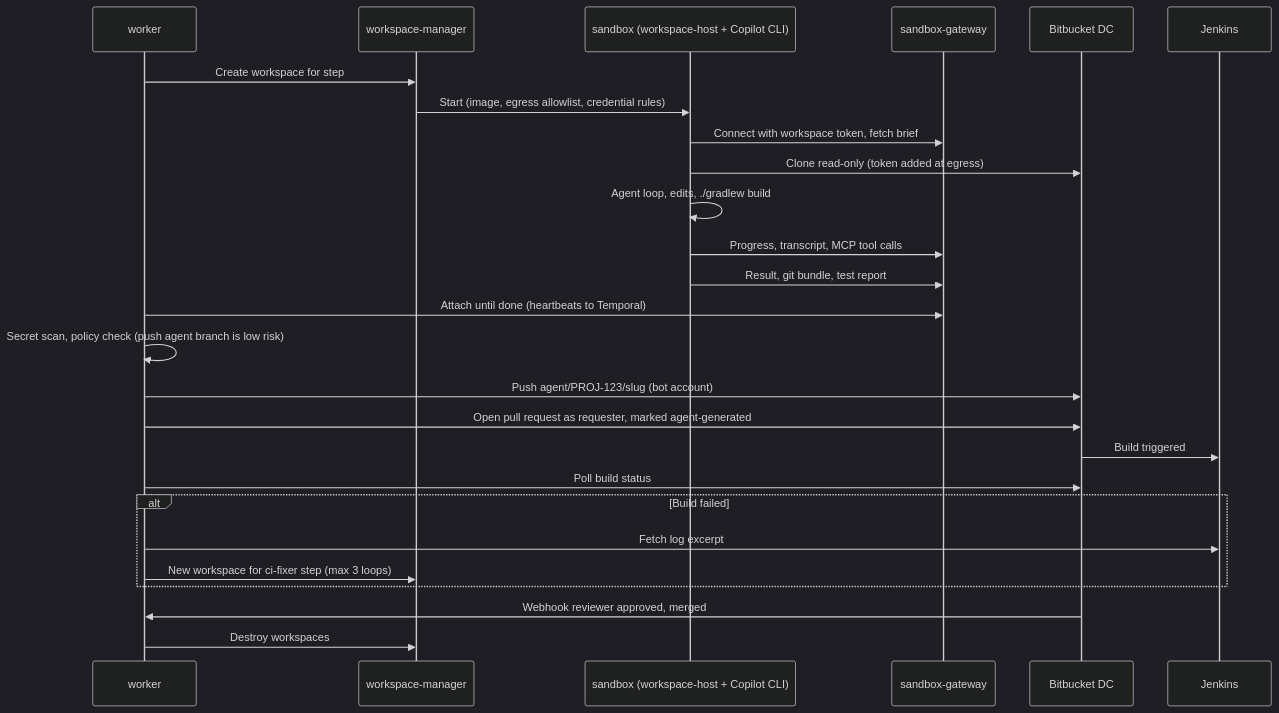
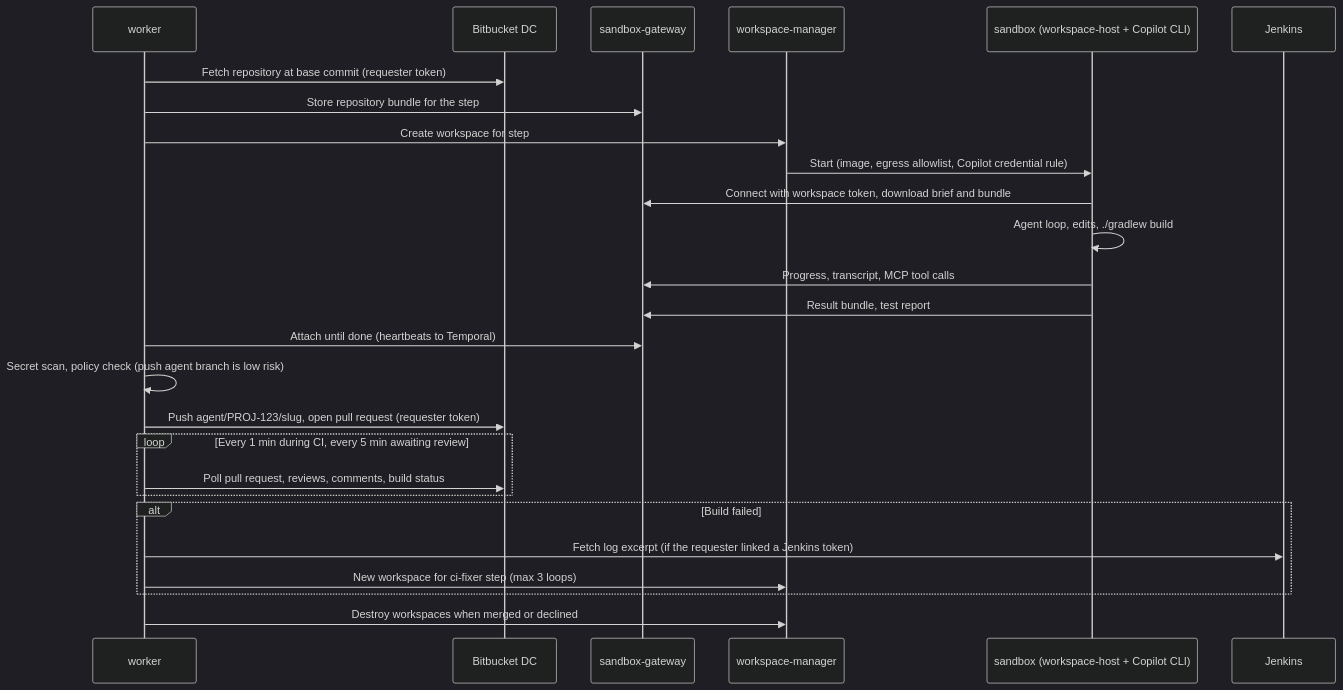
The fourth of 7 diagrams in docs/architecture.md (luigi-lt/orchestrator), drawn with Mermaid (dark theme) before and after one commit. The commit also changed other lines of this file and 2 other files, not shown here.

First line of the commit message:
Redesign for polling and user-linked credentials

````diff
--- a/docs/architecture.md
+++ b/docs/architecture.md
@@ -386,28 +412,28 @@
 ```mermaid
 sequenceDiagram
   participant W as worker
+  participant BB as Bitbucket DC
+  participant G as sandbox-gateway
   participant M as workspace-manager
   participant S as sandbox (workspace-host + Copilot CLI)
-  participant G as sandbox-gateway
-  participant BB as Bitbucket DC
   participant J as Jenkins
+  W->>BB: Fetch repository at base commit (requester token)
+  W->>G: Store repository bundle for the step
   W->>M: Create workspace for step
-  M->>S: Start (image, egress allowlist, credential rules)
-  S->>G: Connect with workspace token, fetch brief
-  S->>BB: Clone read-only (token added at egress)
+  M->>S: Start (image, egress allowlist, Copilot credential rule)
+  S->>G: Connect with workspace token, download brief and bundle
   S->>S: Agent loop, edits, ./gradlew build
   S->>G: Progress, transcript, MCP tool calls
-  S->>G: Result, git bundle, test report
+  S->>G: Result bundle, test report
   W->>G: Attach until done (heartbeats to Temporal)
   W->>W: Secret scan, policy check (push agent branch is low risk)
-  W->>BB: Push agent/PROJ-123/slug (bot account)
-  W->>BB: Open pull request as requester, marked agent-generated
-  BB->>J: Build triggered
-  W->>BB: Poll build status
+  W->>BB: Push agent/PROJ-123/slug, open pull request (requester token)
+  loop Every 1 min during CI, every 5 min awaiting review
+    W->>BB: Poll pull request, reviews, comments, build status
+  end
   alt Build failed
-    W->>J: Fetch log excerpt
+    W->>J: Fetch log excerpt (if the requester linked a Jenkins token)
     W->>M: New workspace for ci-fixer step (max 3 loops)
   end
-  BB->>W: Webhook reviewer approved, merged
-  W->>M: Destroy workspaces
+  W->>M: Destroy workspaces when merged or declined
 ```
````
